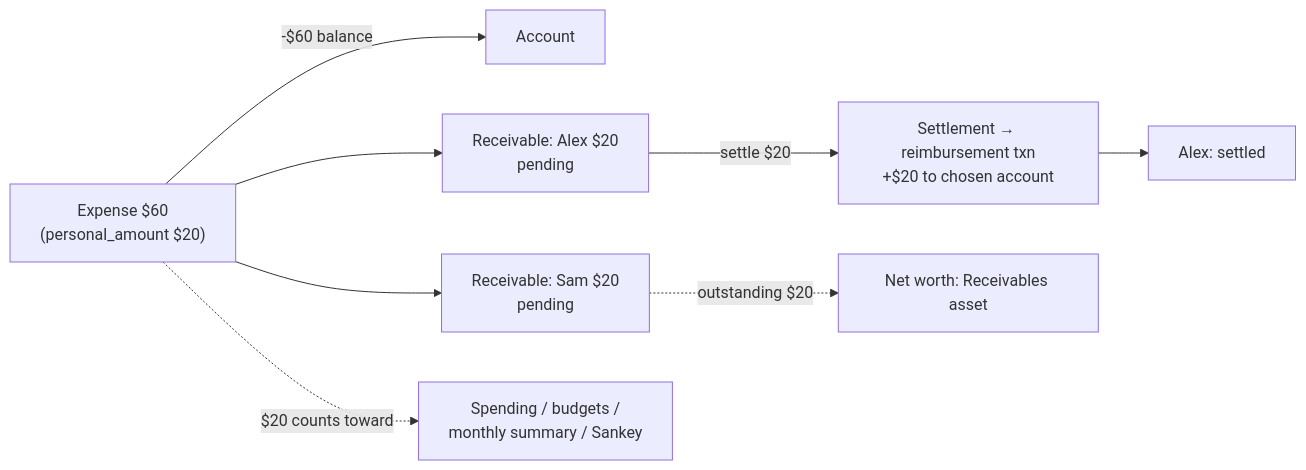
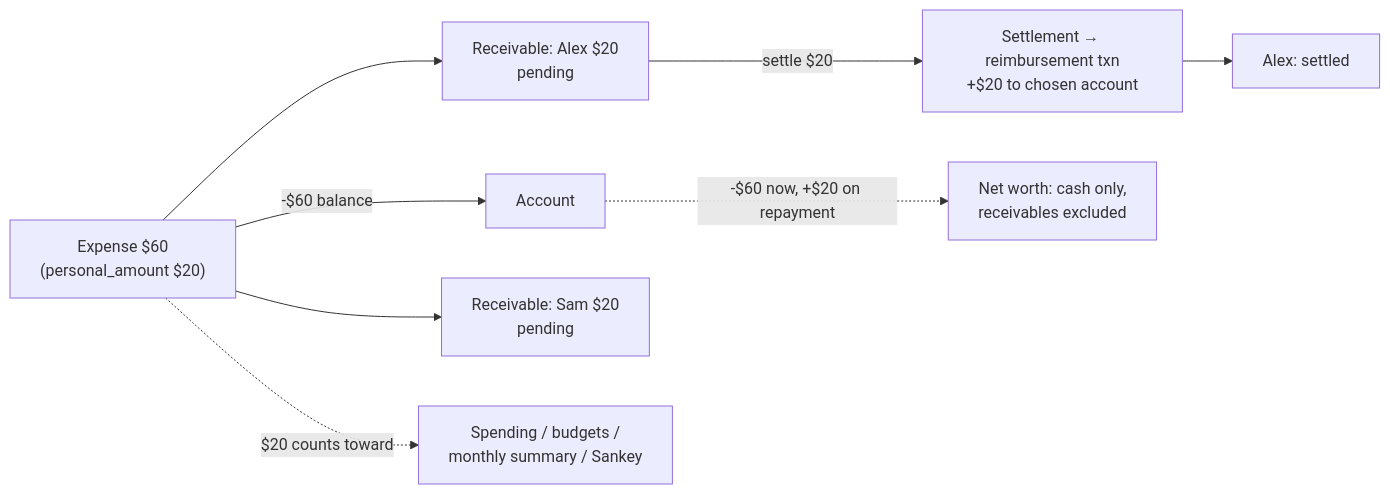
The diagram in plans/021-shared-expenses/021-shared-expenses.md (manickam1999/kuberan), drawn with Mermaid before and after one commit. The commit also changed other lines of this file, not shown here.

First line of the commit message:
docs(plans): record plan 021 decisions on net worth and race test

````diff
--- a/plans/021-shared-expenses/021-shared-expenses.md
+++ b/plans/021-shared-expenses/021-shared-expenses.md
@@ -34,10 +36,10 @@
 ```mermaid
 flowchart LR
   EXP["Expense $60\n(personal_amount $20)"] -->|"-$60 balance"| ACC[Account]
   EXP --> R1["Receivable: Alex $20\npending"]
   EXP --> R2["Receivable: Sam $20\npending"]
   R1 -->|settle $20| S1["Settlement → reimbursement txn\n+$20 to chosen account"]
   S1 --> R1s["Alex: settled"]
   EXP -. "$20 counts toward" .-> REP["Spending / budgets /\nmonthly summary / Sankey"]
-  R2 -. outstanding $20 .-> NW["Net worth: Receivables asset"]
+  ACC -. "-$60 now, +$20 on repayment" .-> NW["Net worth: cash only,\nreceivables excluded"]
 ```
````
